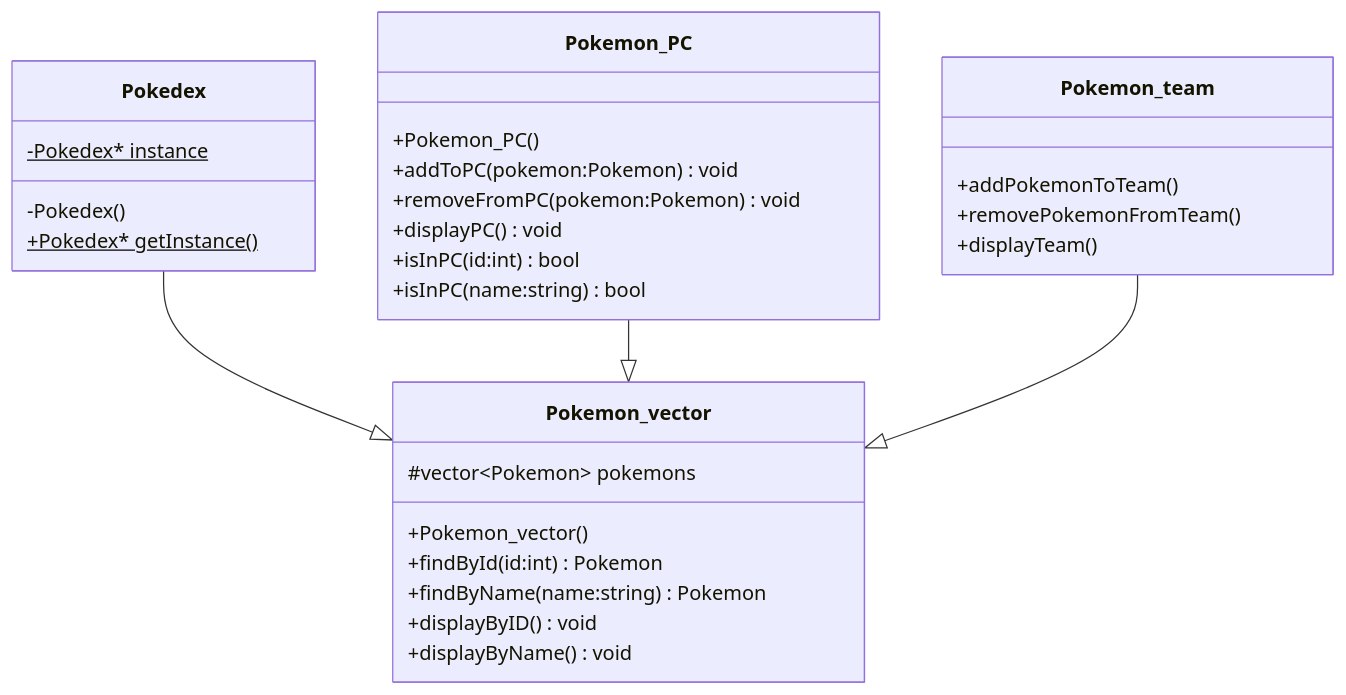
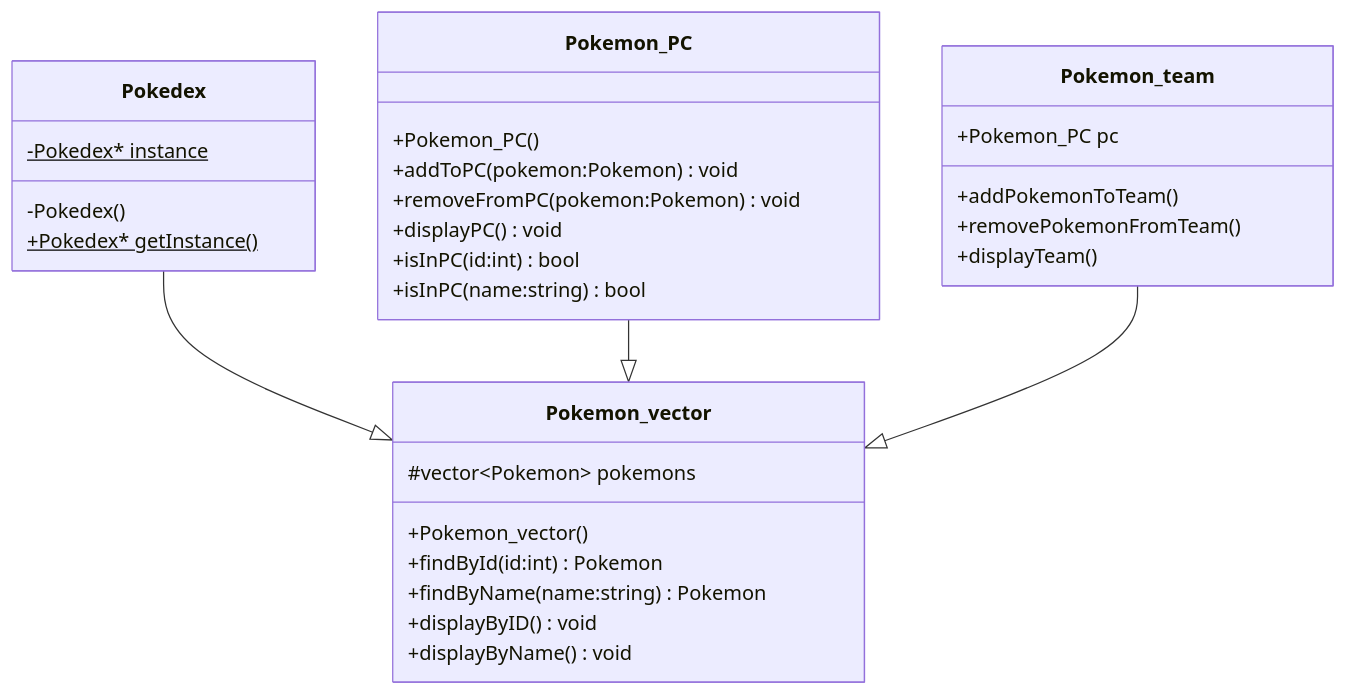
Before and after one commit to mael-lukas/TP_pokedex: the diagram in README.md, drawn with Mermaid.

````diff
--- a/README.md
+++ b/README.md
@@ -11,32 +11,33 @@
 ```mermaid
 classDiagram
     class Pokemon_vector {
         #vector~Pokemon~ pokemons
         +Pokemon_vector()
         +findById(id:int)Pokemon
         +findByName(name:string)Pokemon
         +displayByID()void
         +displayByName()void
     }
     class Pokedex {
         -Pokedex* instance$
         -Pokedex()
         +Pokedex* getInstance()$
     }
     class Pokemon_PC {
         +Pokemon_PC()
         +addToPC(pokemon:Pokemon)void
         +removeFromPC(pokemon:Pokemon)void
         +displayPC()void
         +isInPC(id:int)bool
         +isInPC(name:string)bool
     }
     class Pokemon_team {
+        +Pokemon_PC pc
         +addPokemonToTeam()
         +removePokemonFromTeam()
         +displayTeam()
     }
     Pokedex --|> Pokemon_vector
     Pokemon_PC --|> Pokemon_vector
     Pokemon_team --|> Pokemon_vector
 ``` 
````
